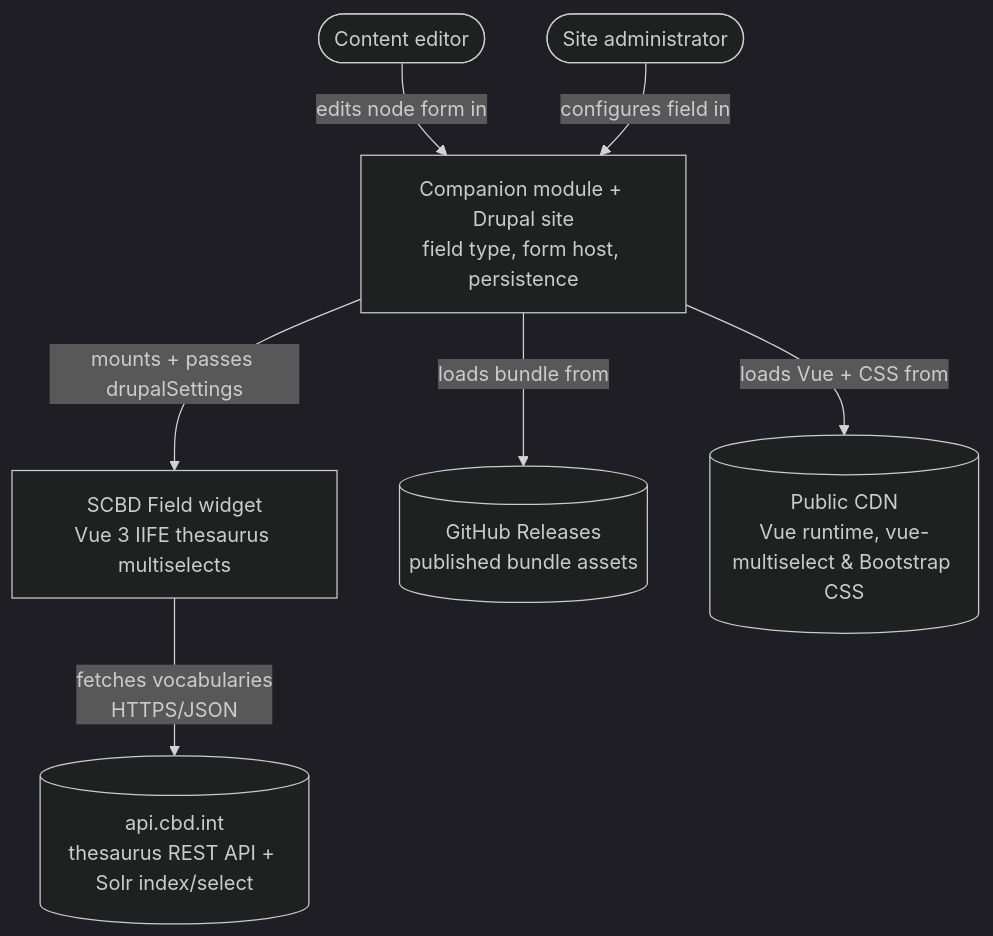
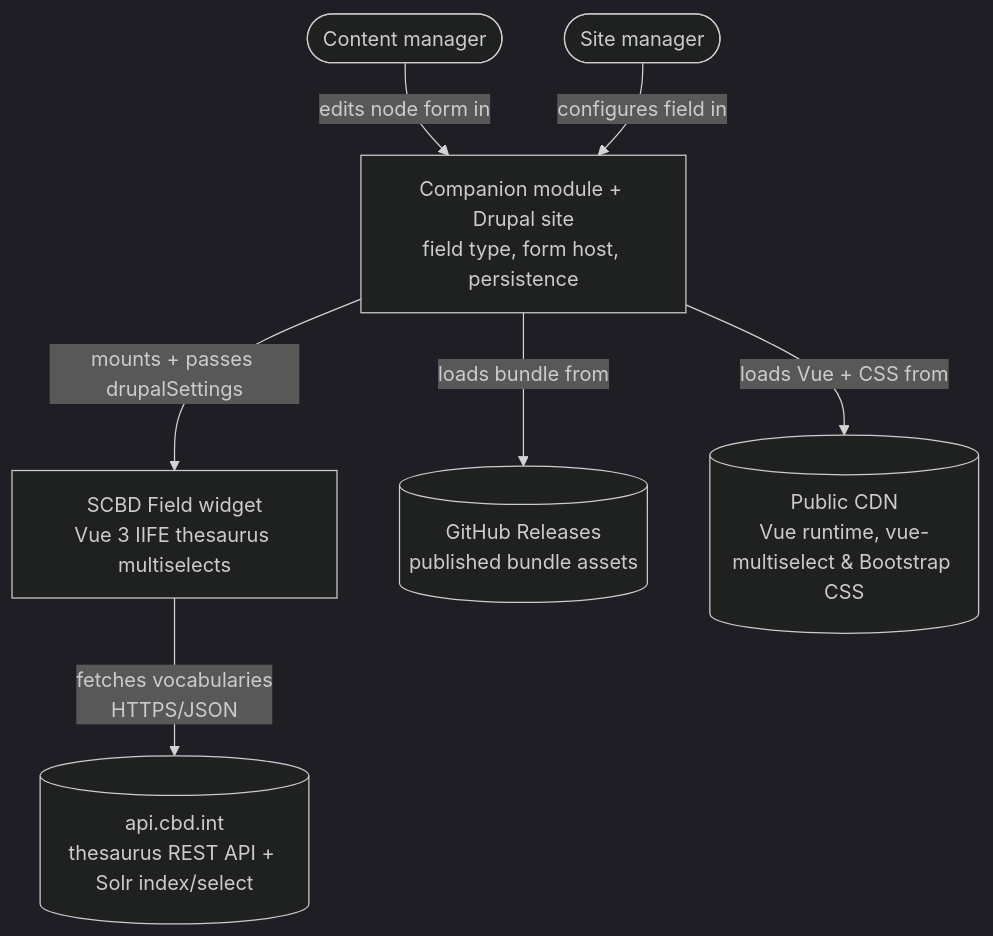
The first of 8 diagrams in docs/architectural-plan.md (scbd/drupal-module-scbd-field-js), drawn with Mermaid (dark theme) before and after one commit. The commit also changed other lines of this file and 3 other files, not shown here.

````diff
--- a/docs/architectural-plan.md
+++ b/docs/architectural-plan.md
@@ -120,17 +120,17 @@
 ```mermaid
 flowchart TB
-editor([Content editor])
-admin([Site administrator])
+editor([Content manager])
+admin([Site manager])
 drupal["Companion module + Drupal site<br/>field type, form host, persistence"]
 widget["SCBD Field widget<br/>Vue 3 IIFE thesaurus multiselects"]
 cbdapi[(api.cbd.int<br/>thesaurus REST API + Solr index/select)]
 ghrel[(GitHub Releases<br/>published bundle assets)]
 cdn[(Public CDN<br/>Vue runtime, vue-multiselect & Bootstrap CSS)]
 
 editor -->|edits node form in| drupal
 admin -->|configures field in| drupal
 drupal -->|mounts + passes drupalSettings| widget
 widget -->|fetches vocabularies<br/>HTTPS/JSON| cbdapi
 drupal -->|loads bundle from| ghrel
 drupal -->|loads Vue + CSS from| cdn
 ```
````
